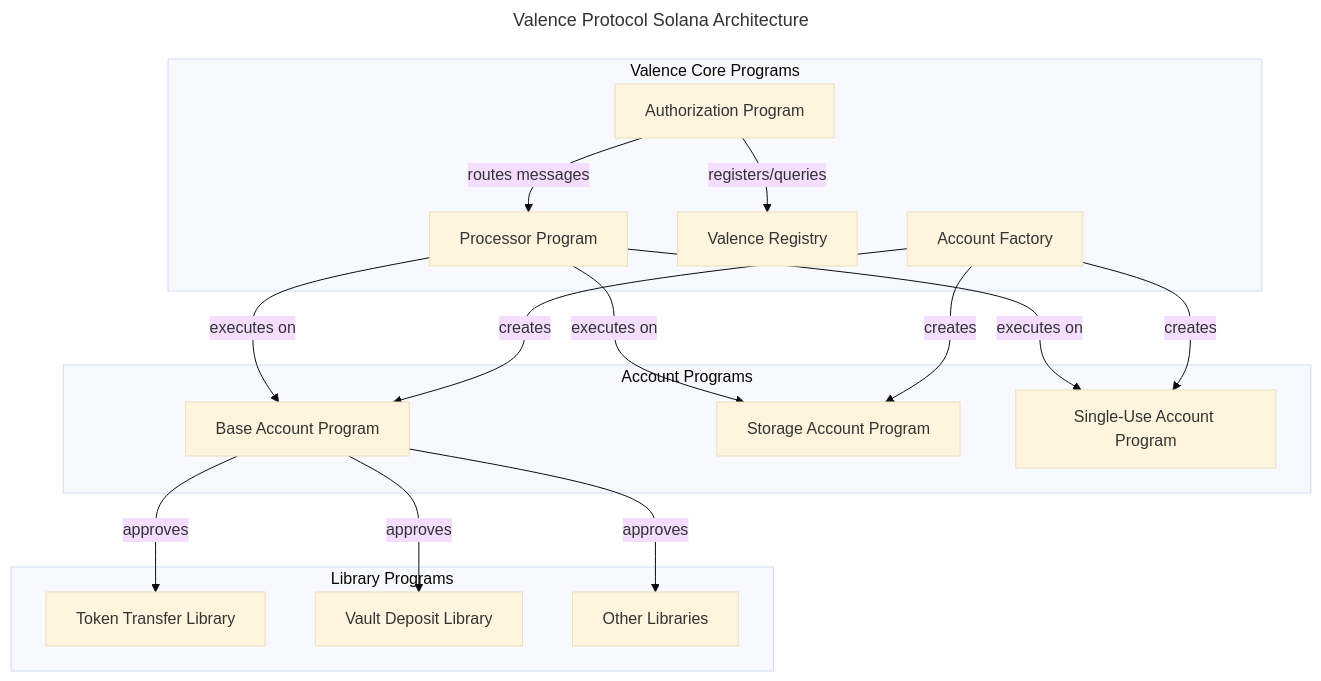
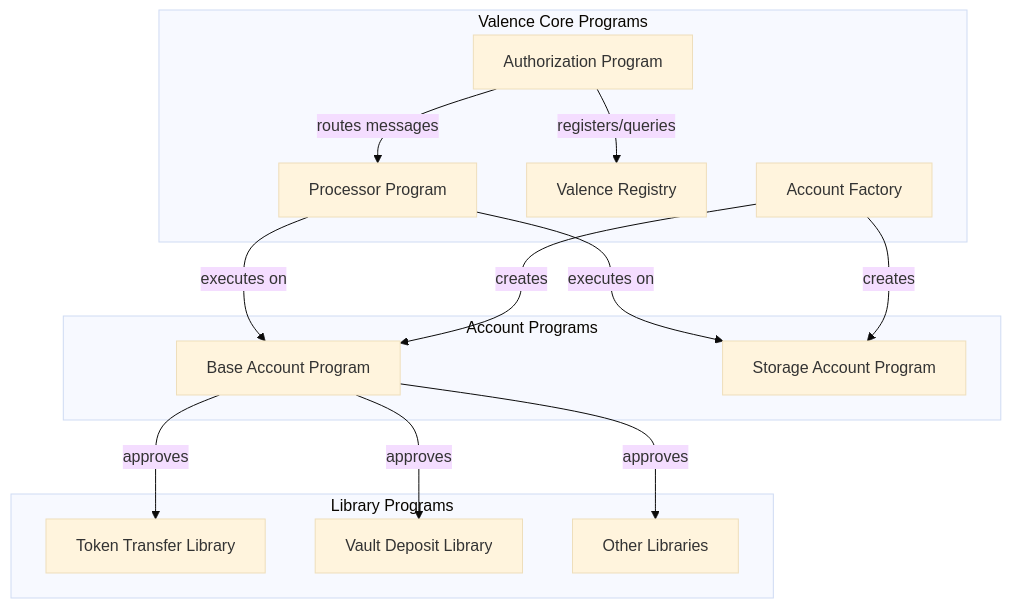
The diagram in docs/valence_solana.md (timewave-computer/valence-solana), drawn with Mermaid (base theme) before and after one commit. The commit also changed other lines of this file and 182 other files, not shown here.

````diff
--- a/docs/valence_solana.md
+++ b/docs/valence_solana.md
@@ -7,36 +7,30 @@
 ```mermaid
----
-title: Valence Protocol Solana Architecture
----
 graph TD
     subgraph "Valence Core Programs"
         AP[Authorization Program]
         PP[Processor Program]
         VR[Valence Registry]
         AF[Account Factory]
     end
     
     subgraph "Account Programs"
         BAP[Base Account Program]
         SAP[Storage Account Program]
-        SUA[Single-Use Account Program]
     end
     
     subgraph "Library Programs"
         LP1[Token Transfer Library]
         LP2[Vault Deposit Library]
         LP3[Other Libraries]
     end
     
     AP -- "routes messages" --> PP
     AP -- "registers/queries" --> VR
     PP -- "executes on" --> BAP
     PP -- "executes on" --> SAP
-    PP -- "executes on" --> SUA
     AF -- "creates" --> BAP
     AF -- "creates" --> SAP
-    AF -- "creates" --> SUA
     BAP -- "approves" --> LP1
     BAP -- "approves" --> LP2
     BAP -- "approves" --> LP3
 ```
````
